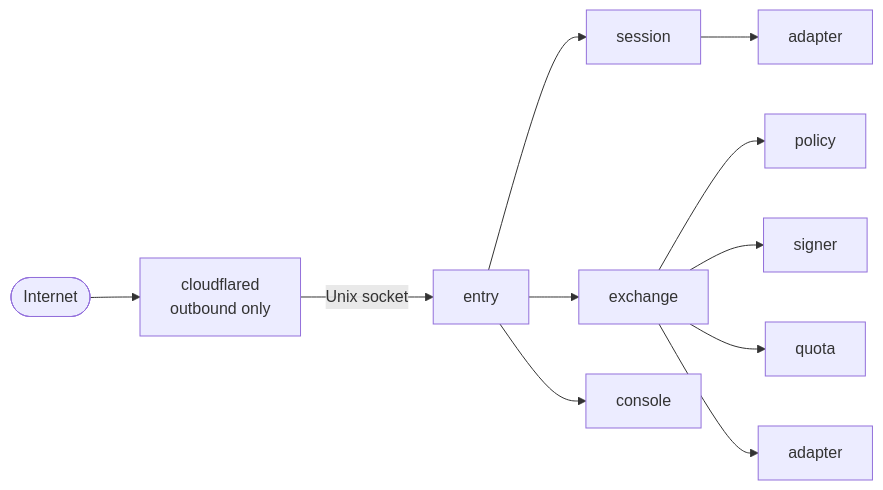
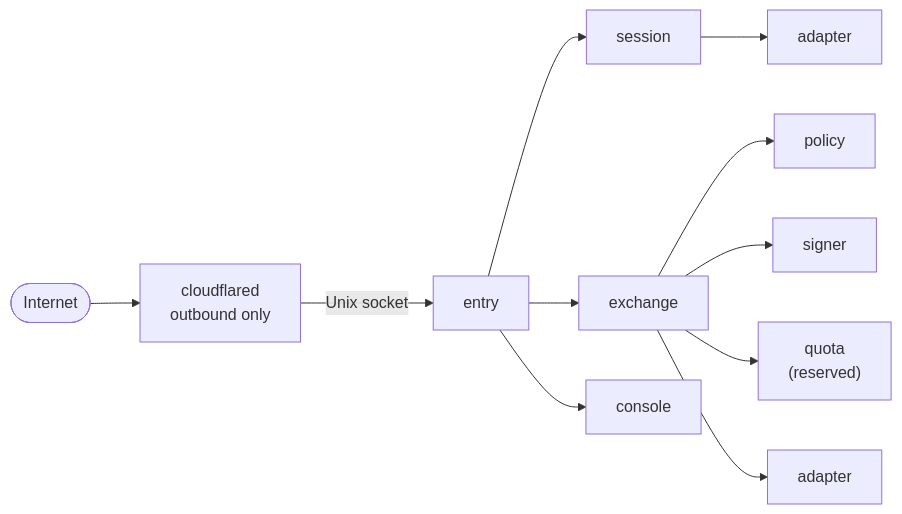
One commit to truvity/sluis changed the seventh of 9 diagrams in docs/architecture/components.md. Above: the diagram before and after it, drawn with Mermaid. The commit also changed other lines of this file and 43 other files, not shown here.

````diff
--- a/docs/architecture/components.md
+++ b/docs/architecture/components.md
@@ -319,13 +320,13 @@
 ```mermaid
 flowchart LR
   net(["Internet"]) --> cf["cloudflared<br/>outbound only"]
   cf -->|"Unix socket"| entry["entry"]
   entry --> sess["session"]
   entry --> xchg["exchange"]
   entry --> con["console"]
   xchg --> policy["policy"]
   xchg --> signer["signer"]
-  xchg --> quota["quota"]
+  xchg --> quota["quota<br/>(reserved)"]
   sess --> ia["adapter"]
   xchg --> ib["adapter"]
 ```
````
